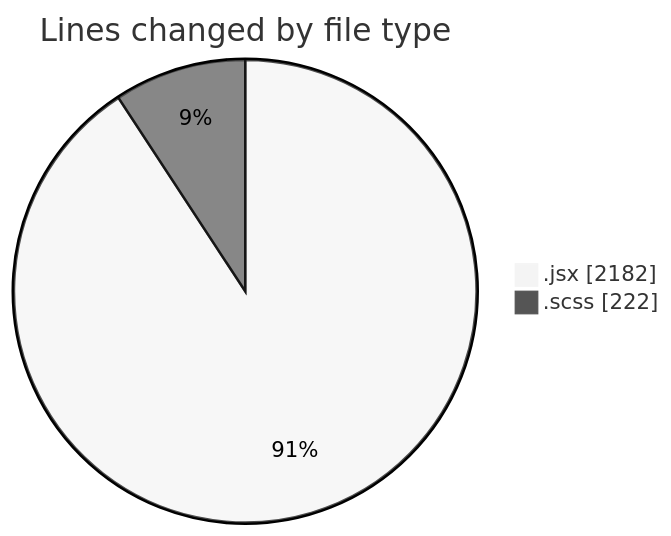
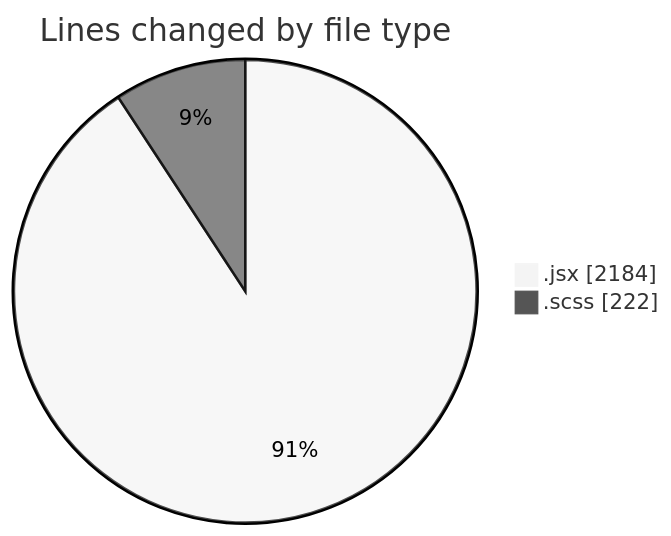
The first of 2 diagrams in 2026-09-02/cda/README.md (momahboobian/code-tracking), drawn with Mermaid (neutral theme) before and after one commit. The commit also changed other lines of this file and 1 other file, not shown here.

````diff
--- a/2026-09-02/cda/README.md
+++ b/2026-09-02/cda/README.md
@@ -27,6 +27,6 @@
 ```mermaid
 pie showData
 title Lines changed by file type
-".jsx" : 2182
+".jsx" : 2184
 ".scss" : 222
 ```
````
